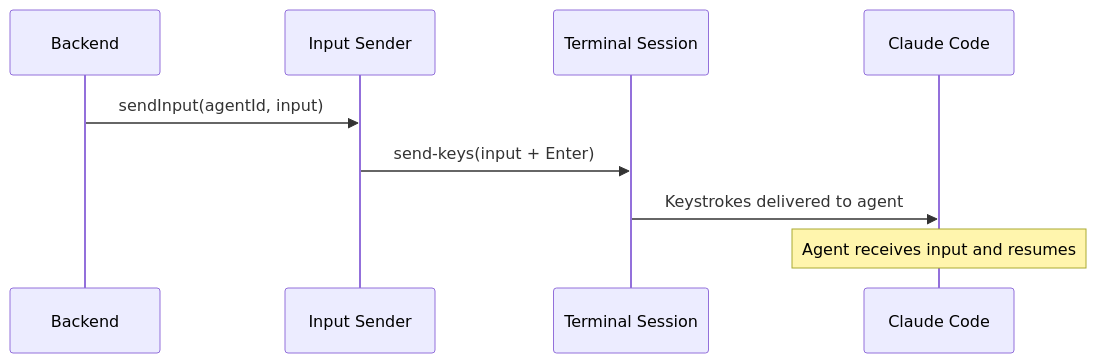
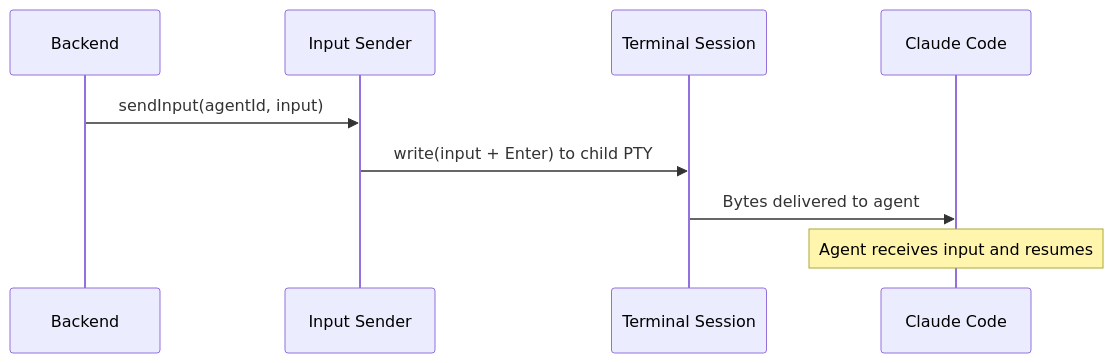
One commit to kookr-ai/kookr changed the second of 3 diagrams in docs/system-models/subsystems/agent-adapter/02-key-sequences.md. Above: the diagram before and after it, drawn with Mermaid. The commit also changed other lines of this file and 23 other files, not shown here.

Commit message:
docs: reconcile architecture models with implementation

````diff
--- a/docs/system-models/subsystems/agent-adapter/02-key-sequences.md
+++ b/docs/system-models/subsystems/agent-adapter/02-key-sequences.md
@@ -38,12 +38,12 @@
 ```mermaid
 sequenceDiagram
   participant BE as Backend
   participant InputSender as Input Sender
   participant Term as Terminal Session
   participant CC as Claude Code
 
   BE->>InputSender: sendInput(agentId, input)
-  InputSender->>Term: send-keys(input + Enter)
-  Term->>CC: Keystrokes delivered to agent
+  InputSender->>Term: write(input + Enter) to child PTY
+  Term->>CC: Bytes delivered to agent
   Note over CC: Agent receives input and resumes
 ```
````
